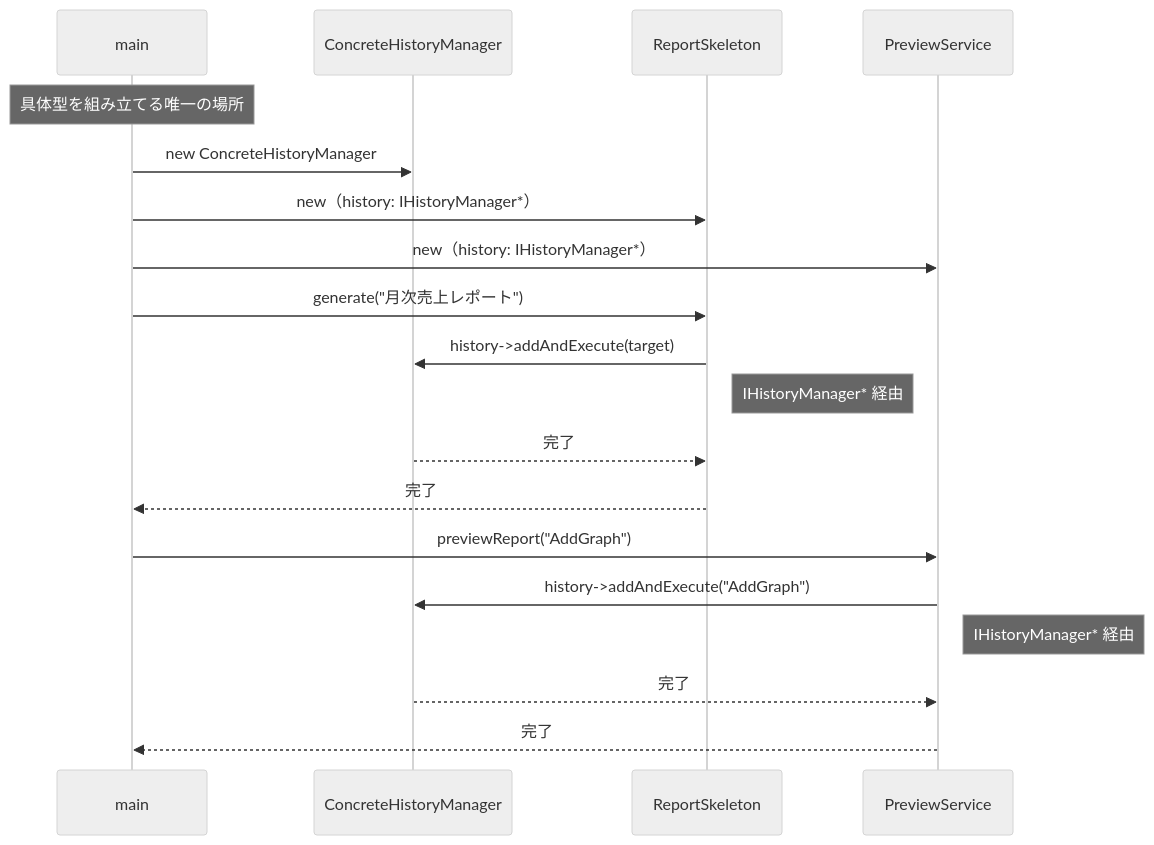
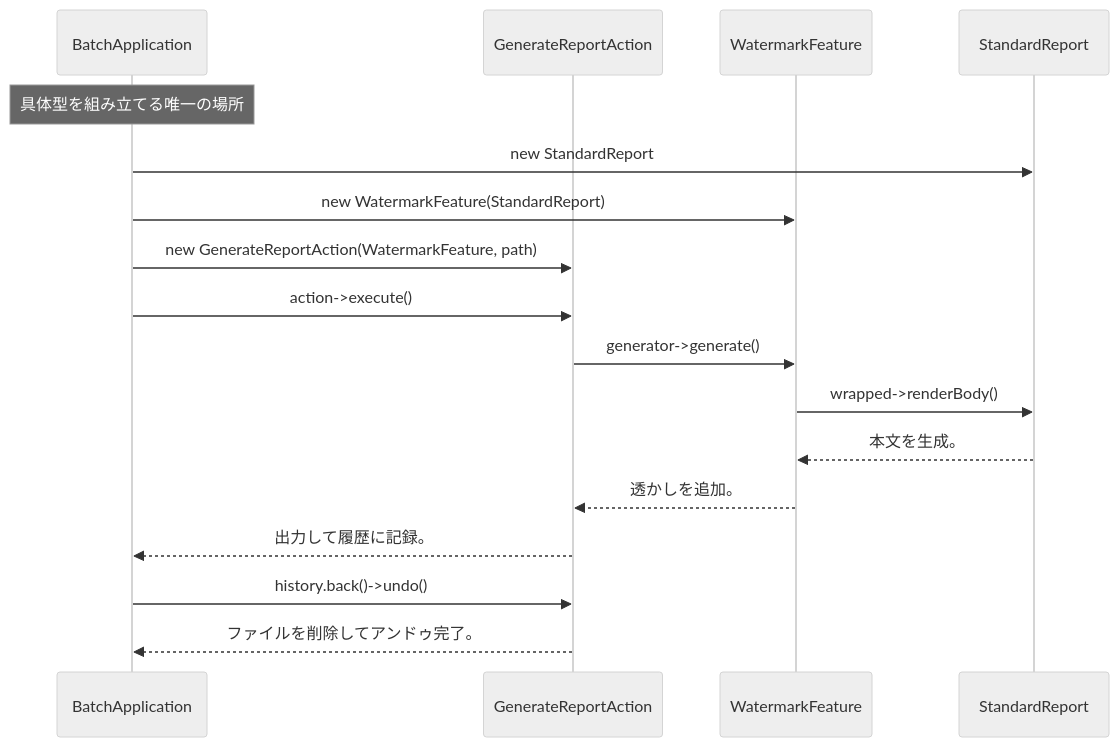
Before and after one commit to kumachan1101-pixel/DesignPattern: the eighth of 10 diagrams in kindle/design-patterns/output/chapter11.md, drawn with Mermaid (neutral theme). The commit also changed other lines of this file and 1 other file, not shown here.

Commit message:
Partial fixes for chapter11 and chapter12 (in-progress agent edits)
Intermediate commit to satisfy git check hook while agents continue
working on chapters 10-12 and 01.

https://claude.ai/code/session_01GSsvuLbkfeHne6C8yZFmk5

````diff
--- a/kindle/design-patterns/output/chapter11.md
+++ b/kindle/design-patterns/output/chapter11.md
@@ -1151,21 +1151,19 @@
 ```mermaid
 sequenceDiagram
-    participant main
-    participant CHM as ConcreteHistoryManager
-    participant RG as ReportSkeleton
-    participant PS as PreviewService
-    Note over main: 具体型を組み立てる唯一の場所
-    main->>CHM: new ConcreteHistoryManager
-    main->>RG: new（history: IHistoryManager*）
-    main->>PS: new（history: IHistoryManager*）
-    main->>RG: generate("月次売上レポート")
-    RG->>CHM: history->addAndExecute(target)
-    Note right of RG: IHistoryManager* 経由
-    CHM-->>RG: 完了
-    RG-->>main: 完了
-    main->>PS: previewReport("AddGraph")
-    PS->>CHM: history->addAndExecute("AddGraph")
-    Note right of PS: IHistoryManager* 経由
-    CHM-->>PS: 完了
-    PS-->>main: 完了
+    participant BA as BatchApplication
+    participant GRA as GenerateReportAction
+    participant WF as WatermarkFeature
+    participant SR as StandardReport
+    Note over BA: 具体型を組み立てる唯一の場所
+    BA->>SR: new StandardReport
+    BA->>WF: new WatermarkFeature(StandardReport)
+    BA->>GRA: new GenerateReportAction(WatermarkFeature, path)
+    BA->>GRA: action->execute()
+    GRA->>WF: generator->generate()
+    WF->>SR: wrapped->renderBody()
+    SR-->>WF: 本文を生成。
+    WF-->>GRA: 透かしを追加。
+    GRA-->>BA: 出力して履歴に記録。
+    BA->>GRA: history.back()->undo()
+    GRA-->>BA: ファイルを削除してアンドゥ完了。
 ```
````
